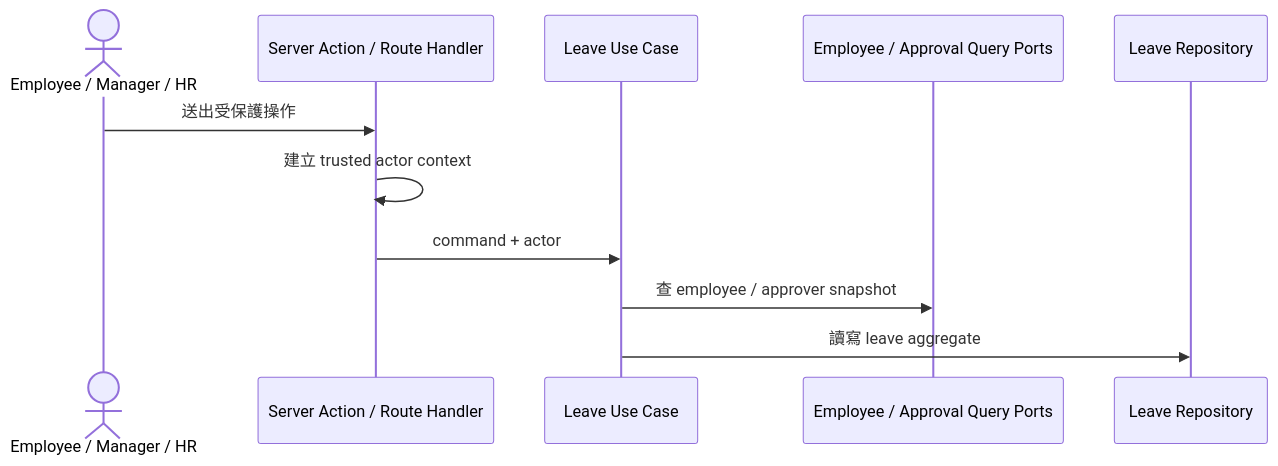
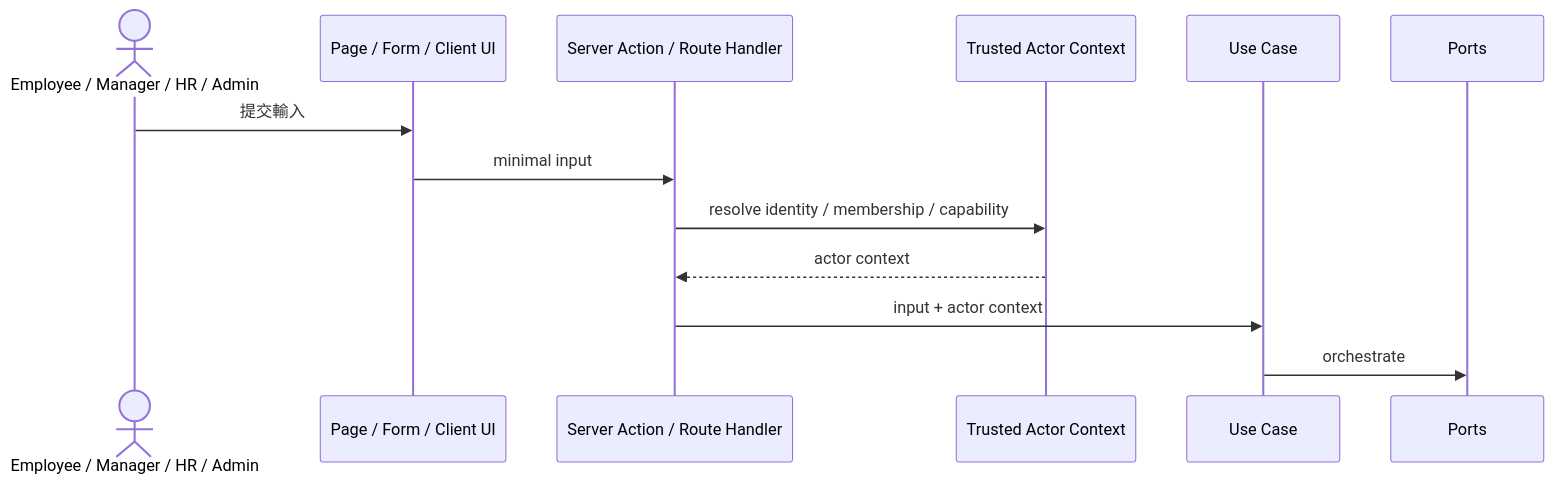
The diagram in docs/03-application/use-cases.md (369sup/worksync-hr), drawn with Mermaid before and after one commit. The commit also changed other lines of this file and 39 other files, not shown here.

Commit message:
docs: strengthen architecture and process docs

````diff
--- a/docs/03-application/use-cases.md
+++ b/docs/03-application/use-cases.md
@@ -8,13 +7,16 @@
 ```mermaid
 sequenceDiagram
-  actor E as Employee / Manager / HR
-  participant A as Server Action / Route Handler
-  participant U as Leave Use Case
-  participant Q as Employee / Approval Query Ports
-  participant R as Leave Repository
-  E->>A: 送出受保護操作
-  A->>A: 建立 trusted actor context
-  A->>U: command + actor
-  U->>Q: 查 employee / approver snapshot
-  U->>R: 讀寫 leave aggregate
+  actor User as Employee / Manager / HR / Admin
+  participant UI as Page / Form / Client UI
+  participant ADP as Server Action / Route Handler
+  participant ACT as Trusted Actor Context
+  participant UC as Use Case
+  participant PORT as Ports
+
+  User->>UI: 提交輸入
+  UI->>ADP: minimal input
+  ADP->>ACT: resolve identity / membership / capability
+  ACT-->>ADP: actor context
+  ADP->>UC: input + actor context
+  UC->>PORT: orchestrate
 ```
````
